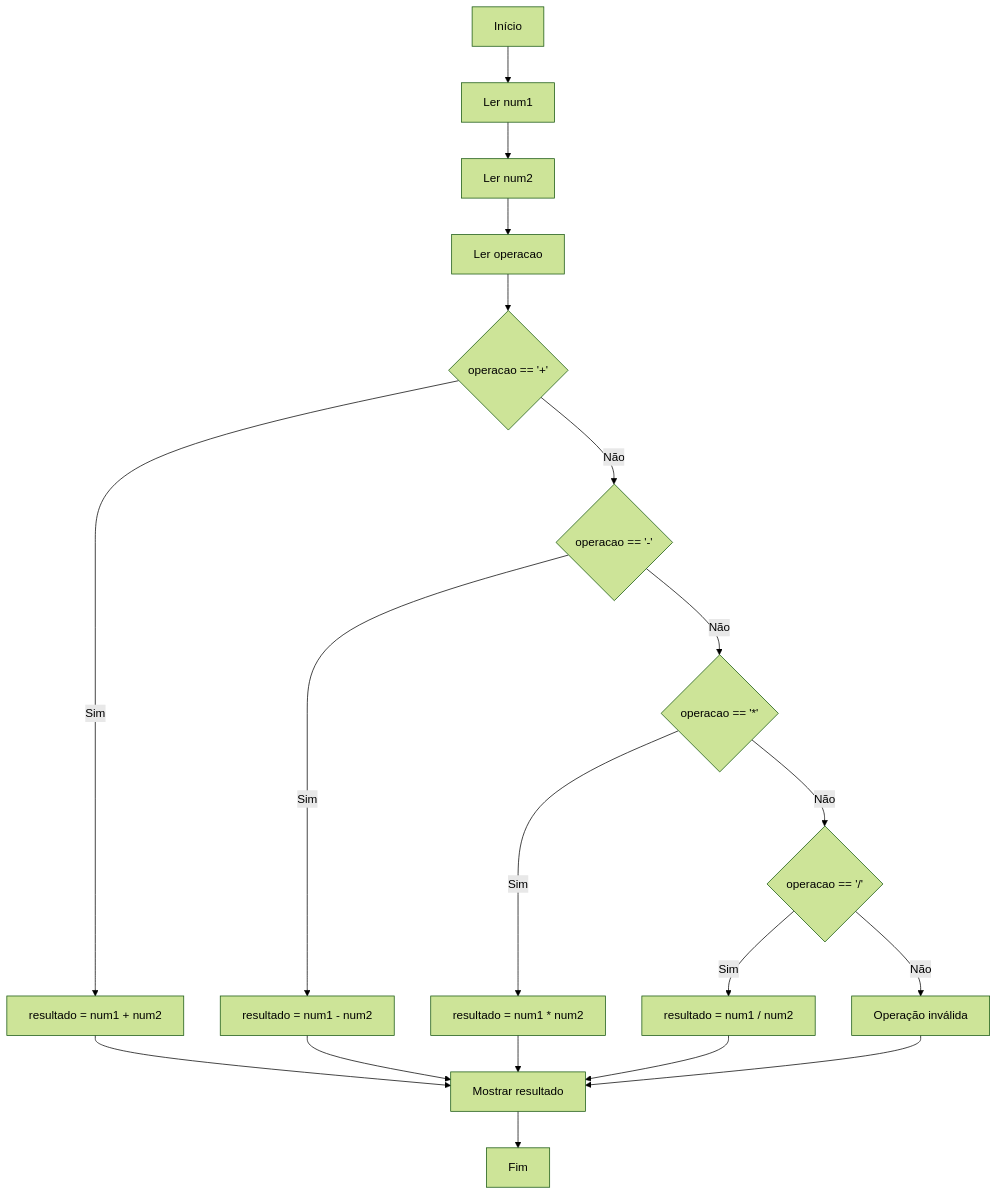
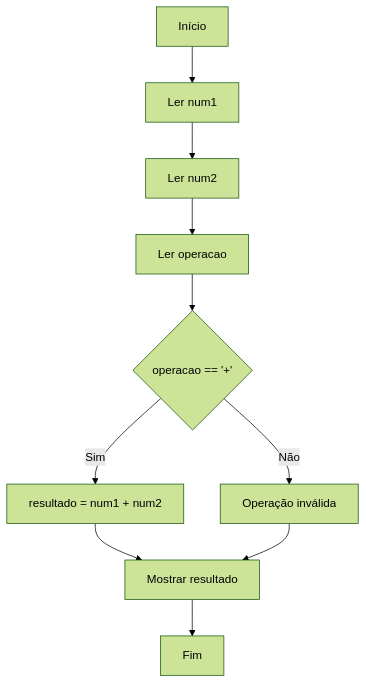
One commit to frankalcantara/frankalcantara.github.io changed the third of 3 diagrams in fluxograma/docs.md. Above: the diagram before and after it, drawn with Mermaid (forest theme). The commit also changed other lines of this file and 10 other files, not shown here.

````diff
--- a/fluxograma/docs.md
+++ b/fluxograma/docs.md
@@ -491,21 +90,12 @@
 ```mermaid
 flowchart TD
     A[Início] --> B[Ler num1]
-    B --> C[Ler num2] 
+    B --> C[Ler num2]
     C --> D[Ler operacao]
     D --> E{operacao == '+'}
     E -->|Sim| F[resultado = num1 + num2]
-    E -->|Não| G{operacao == '-'}
-    G -->|Sim| H[resultado = num1 - num2]
-    G -->|Não| I{operacao == '*'}
-    I -->|Sim| J[resultado = num1 * num2]
-    I -->|Não| K{operacao == '/'}
-    K -->|Sim| L[resultado = num1 / num2]
-    K -->|Não| M[Operação inválida]
-    F --> N[Mostrar resultado]
-    H --> N
-    J --> N
-    L --> N
-    M --> N
-    N --> O[Fim]
+    E -->|Não| G[Operação inválida]
+    F --> H[Mostrar resultado]
+    G --> H
+    H --> I[Fim]
 ```
````
